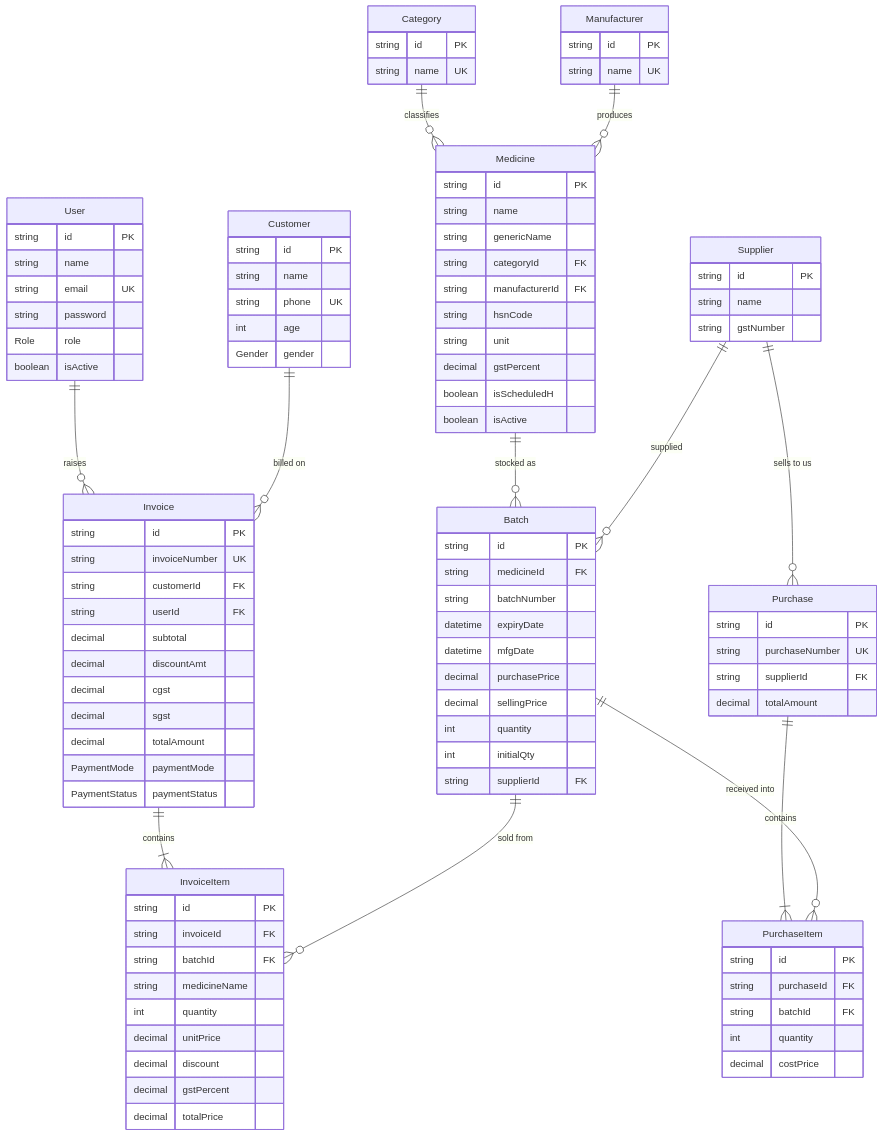
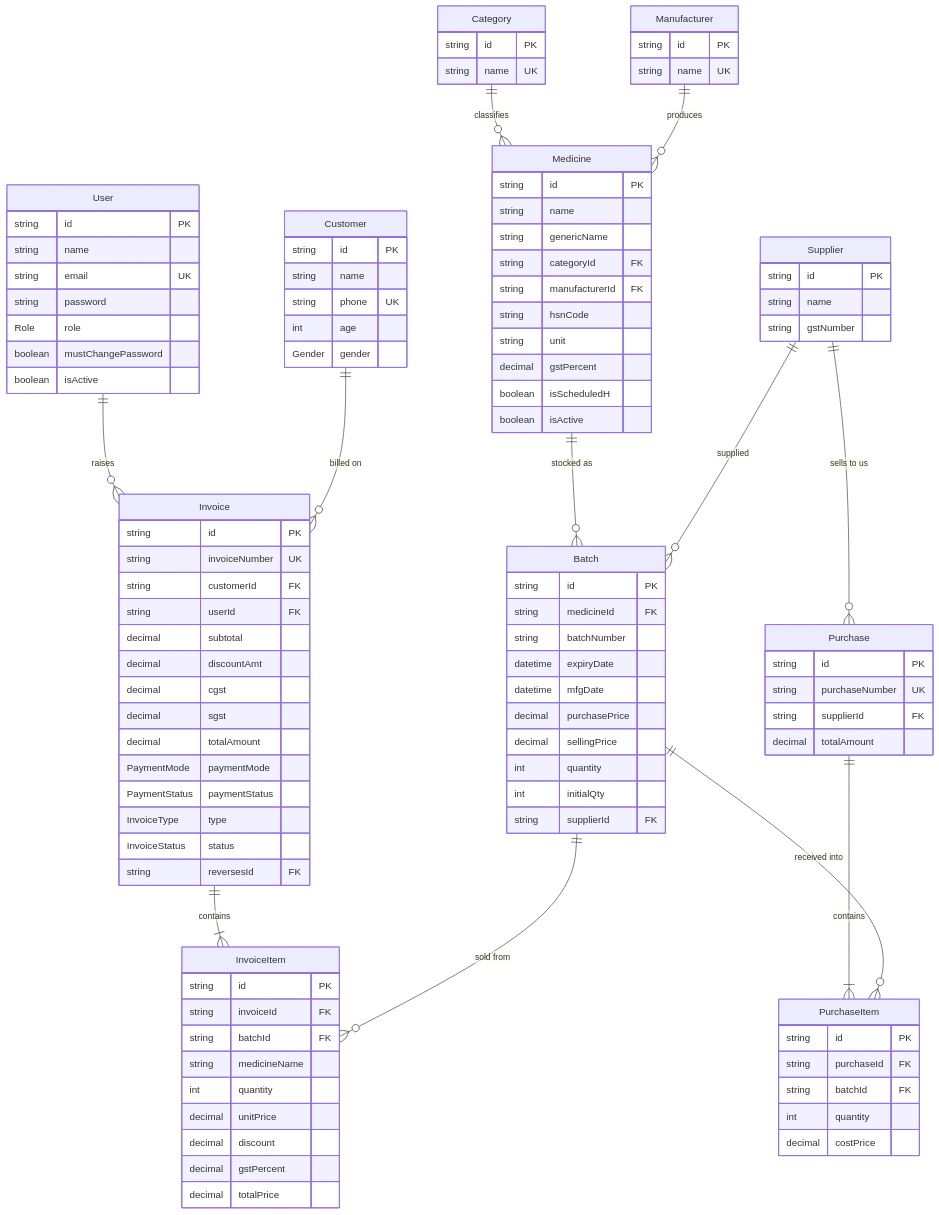
Before and after one commit to adarsh0707-kumar/medical-billing: the diagram in docs/03-data-model.md, drawn with Mermaid. The commit also changed other lines of this file, not shown here.

```diff
--- a/docs/03-data-model.md
+++ b/docs/03-data-model.md
@@ -28,6 +28,7 @@
         string email UK
         string password
         Role role
+        boolean mustChangePassword
         boolean isActive
     }
     Category {
@@ -86,6 +87,9 @@
         decimal totalAmount
         PaymentMode paymentMode
         PaymentStatus paymentStatus
+        InvoiceType type
+        InvoiceStatus status
+        string reversesId FK
     }
     InvoiceItem {
         string id PK
```
